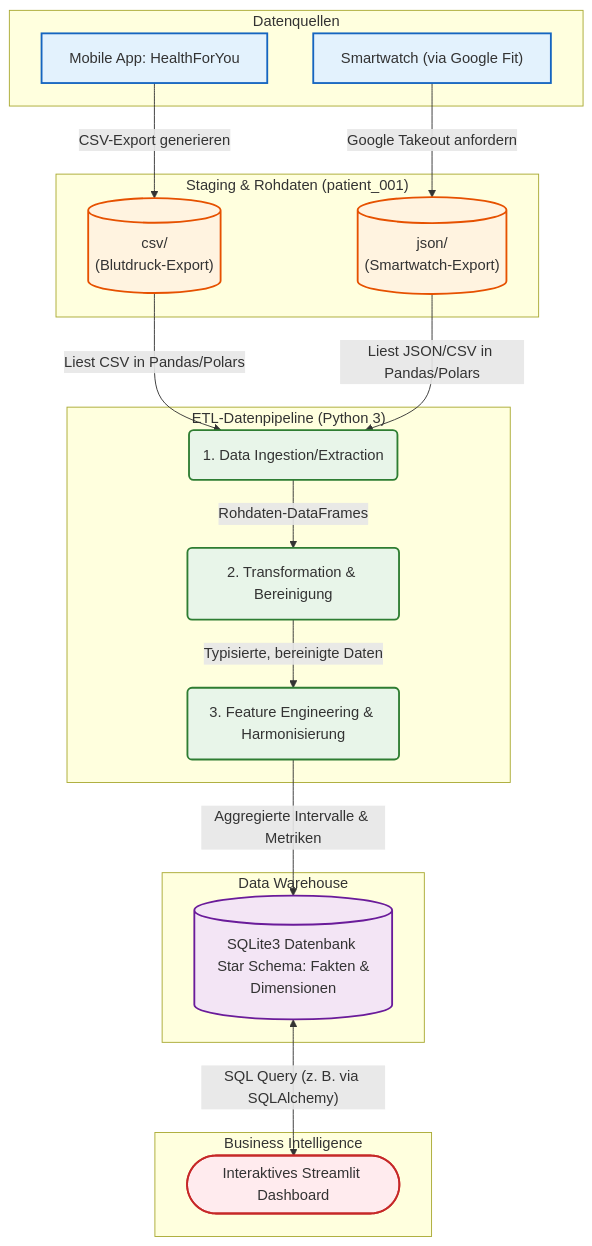
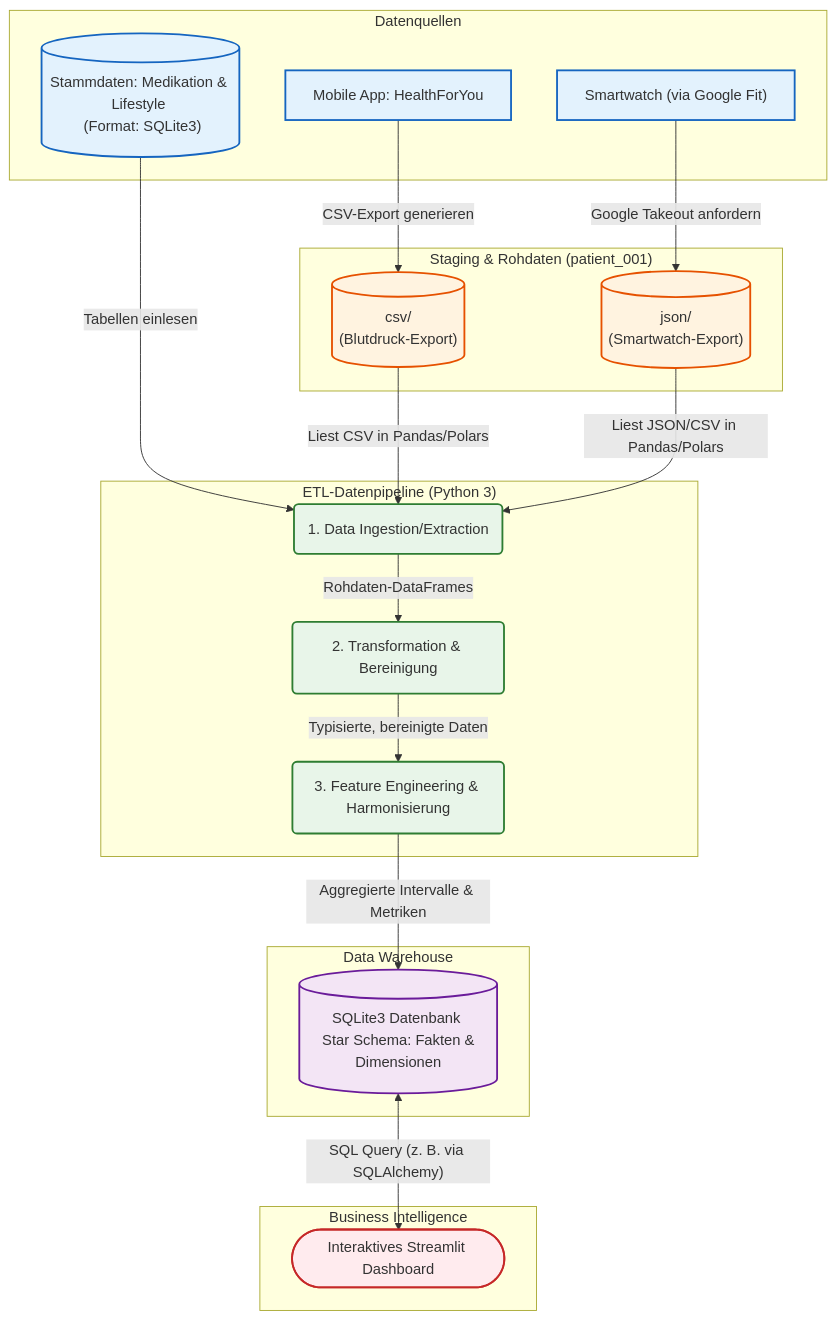
The diagram in Architektur/Architektur_Uebersicht.md (NilsBauch/blutdruck_data_engineer_training), drawn with Mermaid before and after one commit. The commit also changed other lines of this file, not shown here.

Commit message:
Datenquellen in Arch Übersicht aktualisiert

````diff
--- a/Architektur/Architektur_Uebersicht.md
+++ b/Architektur/Architektur_Uebersicht.md
@@ -26,57 +29,59 @@
 ```mermaid
 flowchart TD
     %% Quellen
     subgraph Quellen ["Datenquellen"]
         A["Mobile App: HealthForYou"]
         B["Smartwatch (via Google Fit)"]
+        M[("Stammdaten: Medikation & Lifestyle \n (Format: SQLite3)")]
     end
 
     %% Export/Rohdaten Layer (Umstrukturiert)
     subgraph Export ["Staging & Rohdaten (patient_001)"]
         C[("csv/ \n (Blutdruck-Export)")]
         D[("json/ \n (Smartwatch-Export)")]
     end
 
     %% Pipeline Layer
     subgraph ETL ["ETL-Datenpipeline (Python 3)"]
         E("1. Data Ingestion/Extraction")
         F("2. Transformation & Bereinigung")
         G("3. Feature Engineering & Harmonisierung")
     end
 
     %% Storage Layer
     subgraph Storage ["Data Warehouse"]
         H[("SQLite3 Datenbank \n Star Schema: Fakten & Dimensionen")]
     end
 
     %% Presentation Layer
     subgraph Analyse ["Business Intelligence"]
         I(["Interaktives Streamlit Dashboard"])
     end
 
     %% Datenfluss
     A -->|"CSV-Export generieren"| C
     B -->|"Google Takeout anfordern"| D
+    M -->|"Tabellen einlesen"| E
 
     C -->|"Liest CSV in Pandas/Polars"| E
     D -->|"Liest JSON/CSV in Pandas/Polars"| E
 
     E -->|"Rohdaten-DataFrames"| F
     F -->|"Typisierte, bereinigte Daten"| G
     G -->|"Aggregierte Intervalle & Metriken"| H
 
     H <-->|"SQL Query (z. B. via SQLAlchemy)"| I
 
     %% Styling
     classDef source fill:#e3f2fd,stroke:#1565c0,stroke-width:2px;
     classDef raw fill:#fff3e0,stroke:#e65100,stroke-width:2px;
     classDef process fill:#e8f5e9,stroke:#2e7d32,stroke-width:2px;
     classDef dwh fill:#f3e5f5,stroke:#6a1b9a,stroke-width:2px;
     classDef dash fill:#ffebee,stroke:#c62828,stroke-width:2px;
 
-    class A,B source;
+    class A,B,M source;
     class C,D raw;
     class E,F,G process;
     class H dwh;
     class I dash;
 ```
````
